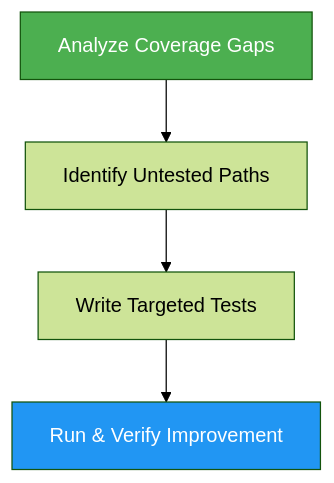
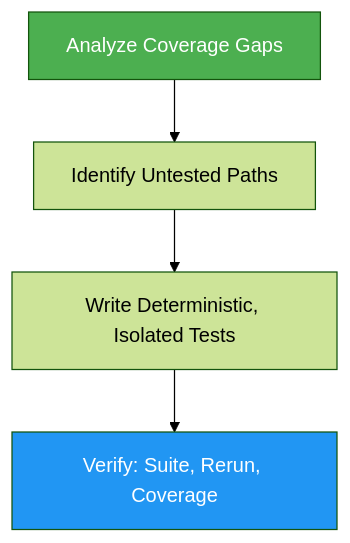
One commit to luongnv89/skills changed the diagram in skills/test-coverage/docs/README.md. Above: the diagram before and after it, drawn with Mermaid (forest theme). The commit also changed other lines of this file and 11 other files, not shown here.

First line of the commit message:
feat(test-coverage,agent-config): add unit-test quality standard and opt-in Unit Tests block (#400)

````diff
--- a/skills/test-coverage/docs/README.md
+++ b/skills/test-coverage/docs/README.md
@@ -31,8 +33,8 @@
 ```mermaid
 graph TD
     A["Analyze Coverage Gaps"] --> B["Identify Untested Paths"]
-    B --> C["Write Targeted Tests"]
-    C --> D["Run & Verify Improvement"]
+    B --> C["Write Deterministic, Isolated Tests"]
+    C --> D["Verify: Suite, Rerun, Coverage"]
     style A fill:#4CAF50,color:#fff
     style D fill:#2196F3,color:#fff
 ```
````
